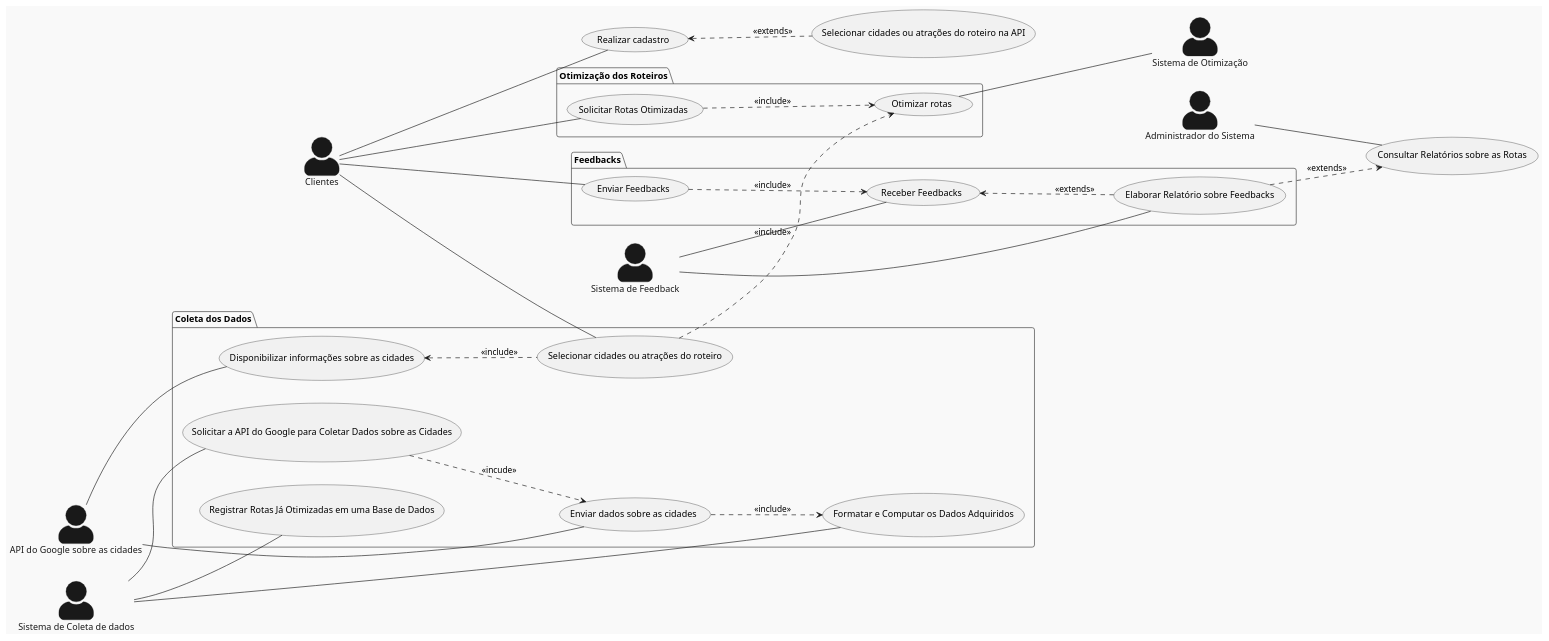
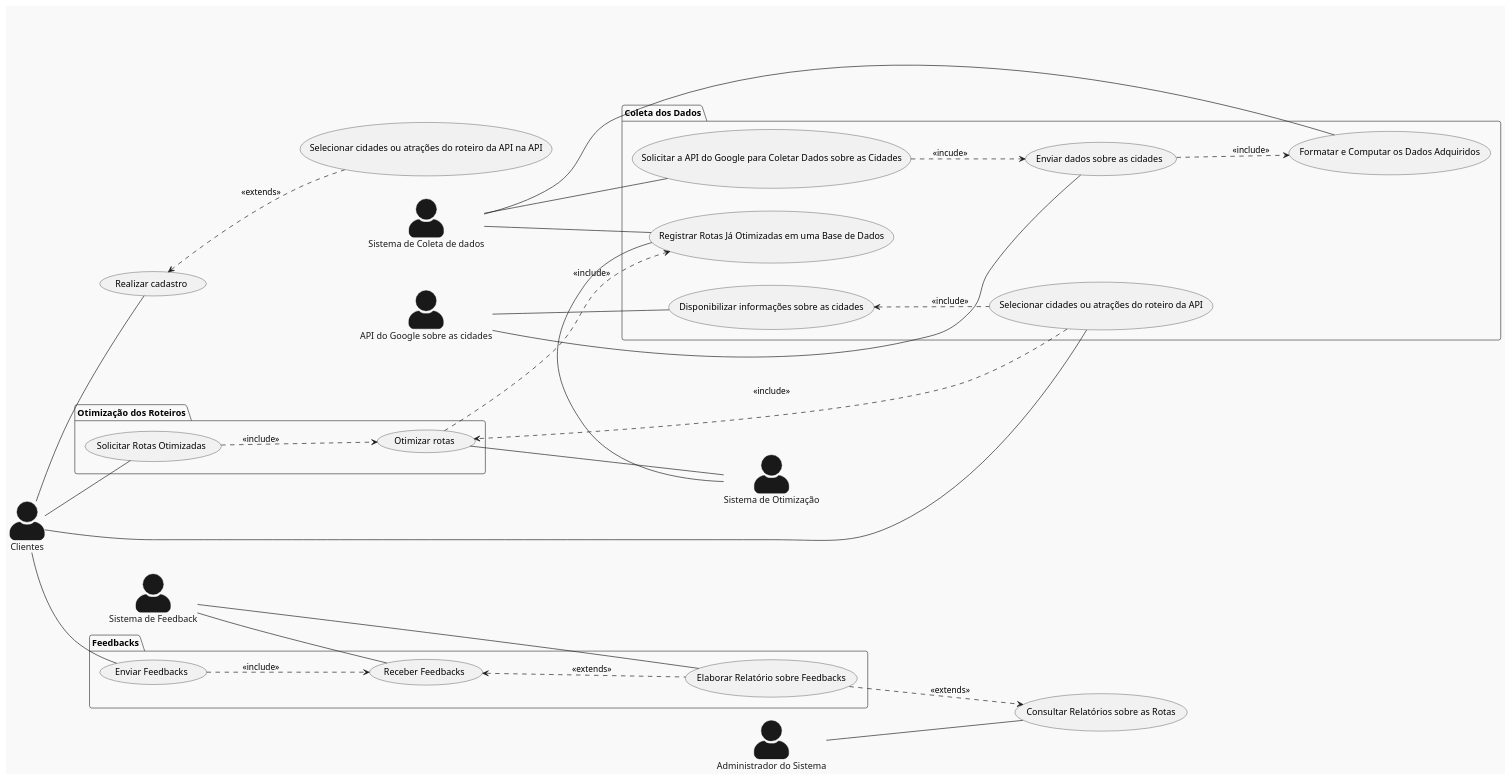
The diagram in Relatório/Semana-1/Diagramas/DCU.md (pedrodilallo/site_turismo_SIG), drawn with PlantUML before and after one commit. The commit also changed 1 other file, not shown here.

Commit message:
Mais correções DCU

```diff
--- a/Relatório/Semana-1/Diagramas/DCU.md
+++ b/Relatório/Semana-1/Diagramas/DCU.md
@@ -1,67 +1,68 @@
 @startuml
 skinparam actorStyle awesome
 !theme mars
 left to right direction
 
 actor "Clientes" as cliente
 actor "API do Google sobre as cidades" as API
 actor "Sistema de Otimização" as  otimizador
 actor "Administrador do Sistema" as sys_admin
 actor "Sistema de Feedback" as feedback
 actor "Sistema de Coleta de dados" as coletador
 
 cliente -- (Realizar cadastro)
 
 
 package "Coleta dos Dados"{
-cliente -- (Selecionar cidades ou atrações do roteiro)
+cliente -- (Selecionar cidades ou atrações do roteiro da API)
 
 coletador -- (Solicitar a API do Google para Coletar Dados sobre as Cidades)
 coletador -- (Registrar Rotas Já Otimizadas em uma Base de Dados)
 coletador -- (Formatar e Computar os Dados Adquiridos)
 API -- (Enviar dados sobre as cidades)
 API -- (Disponibilizar informações sobre as cidades)
-(Disponibilizar informações sobre as cidades) <.. (Selecionar cidades ou atrações do roteiro) : <<include>>
+(Disponibilizar informações sobre as cidades) <.. (Selecionar cidades ou atrações do roteiro da API) : <<include>>
 
 
 
 }
 
 
 package "Otimização dos Roteiros"{
 cliente -- (Solicitar Rotas Otimizadas)
+otimizador -- (Registrar Rotas Já Otimizadas em uma Base de Dados)
 (Otimizar rotas) -- otimizador 
 (Solicitar Rotas Otimizadas) ..> (Otimizar rotas) : <<include>>
-(Selecionar cidades ou atrações do roteiro) ..> (Otimizar rotas): <<include>>
+(Selecionar cidades ou atrações do roteiro da API) ..> (Otimizar rotas): <<include>>
 (Solicitar a API do Google para Coletar Dados sobre as Cidades) ..> (Enviar dados sobre as cidades) : <<incude>>
-
+(Otimizar rotas) ..> (Registrar Rotas Já Otimizadas em uma Base de Dados) : <<include>>
 
 }
 
 
 
 sys_admin -- (Consultar Relatórios sobre as Rotas)
 
 
 
 
-(Realizar cadastro) <.. (Selecionar cidades ou atrações do roteiro na API) : <<extends>>
+(Realizar cadastro) <.. (Selecionar cidades ou atrações do roteiro da API na API) : <<extends>>
 (Enviar dados sobre as cidades) ..> (Formatar e Computar os Dados Adquiridos) : <<include>>
 
 
 package "Feedbacks"{
 
 (Enviar Feedbacks) ..> (Receber Feedbacks) : <<include>>
 (Receber Feedbacks) <.. (Elaborar Relatório sobre Feedbacks) : <<extends>>
 (Elaborar Relatório sobre Feedbacks) ..> (Consultar Relatórios sobre as Rotas) : <<extends>>
 cliente -- (Enviar Feedbacks)
 feedback -- (Receber Feedbacks)
 feedback -- (Elaborar Relatório sobre Feedbacks)
 
 
 
 }
 
 
 
 @enduml
```
